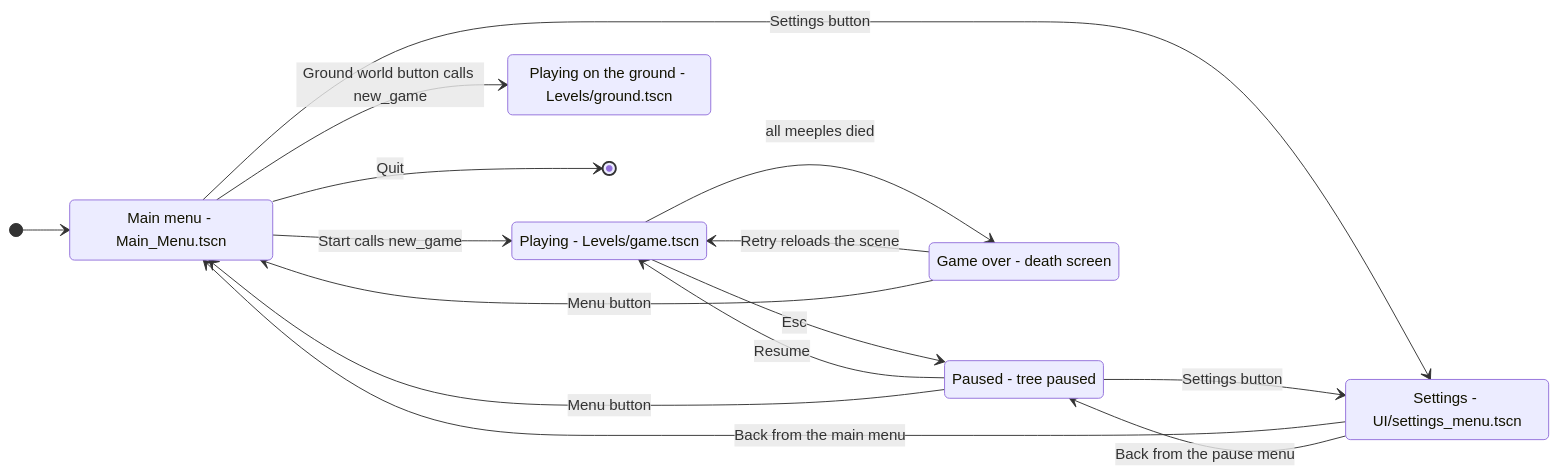
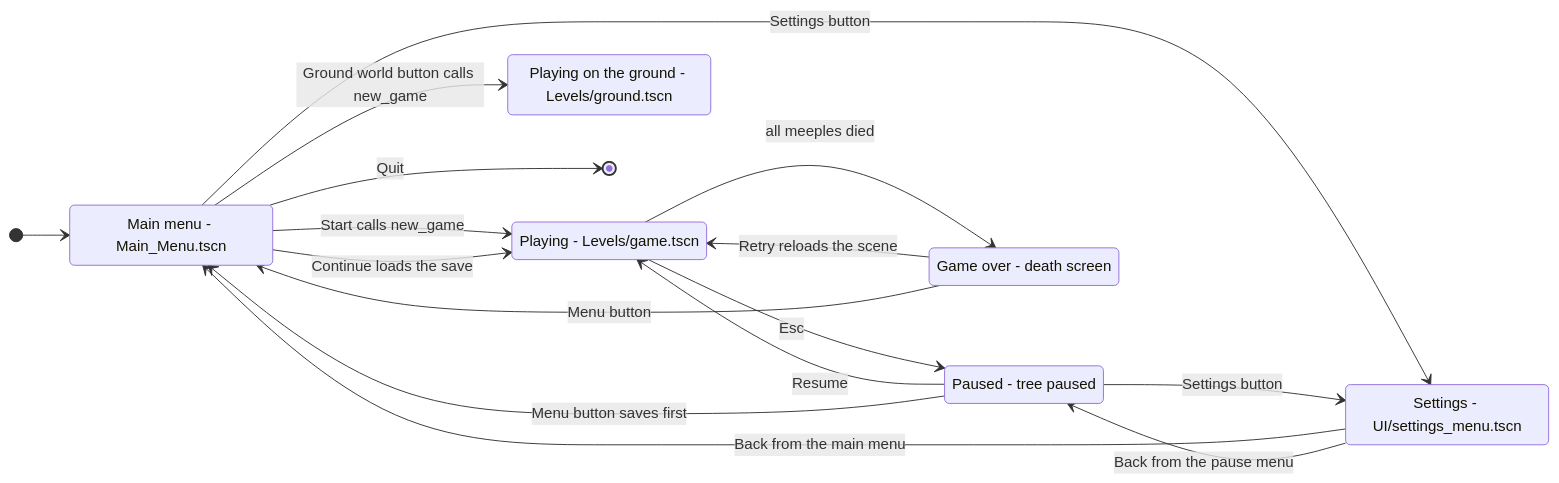
The eighth of 11 diagrams in docs/architecture.md (Liam-M-Mays/game-jam-2026), drawn with Mermaid before and after one commit. The commit also changed other lines of this file and 28 other files, not shown here.

First line of the commit message:
Save the village and continue it from the main menu

````diff
--- a/docs/architecture.md
+++ b/docs/architecture.md
@@ -303,25 +304,26 @@
 ```mermaid
 stateDiagram-v2
     direction LR
     MainMenu: Main menu - Main_Menu.tscn
     Playing: Playing - Levels/game.tscn
     Ground: Playing on the ground - Levels/ground.tscn
     Paused: Paused - tree paused
     GameOver: Game over - death screen
     SettingsScreen: Settings - UI/settings_menu.tscn
 
     [*] --> MainMenu
     MainMenu --> Playing: Start calls new_game
     MainMenu --> Ground: Ground world button calls new_game
+    MainMenu --> Playing: Continue loads the save
     Playing --> Paused: Esc
     Paused --> Playing: Resume
-    Paused --> MainMenu: Menu button
+    Paused --> MainMenu: Menu button saves first
     MainMenu --> SettingsScreen: Settings button
     Paused --> SettingsScreen: Settings button
     SettingsScreen --> MainMenu: Back from the main menu
     SettingsScreen --> Paused: Back from the pause menu
     Playing --> GameOver: all meeples died
     GameOver --> Playing: Retry reloads the scene
     GameOver --> MainMenu: Menu button
     MainMenu --> [*]: Quit
 ```
````
